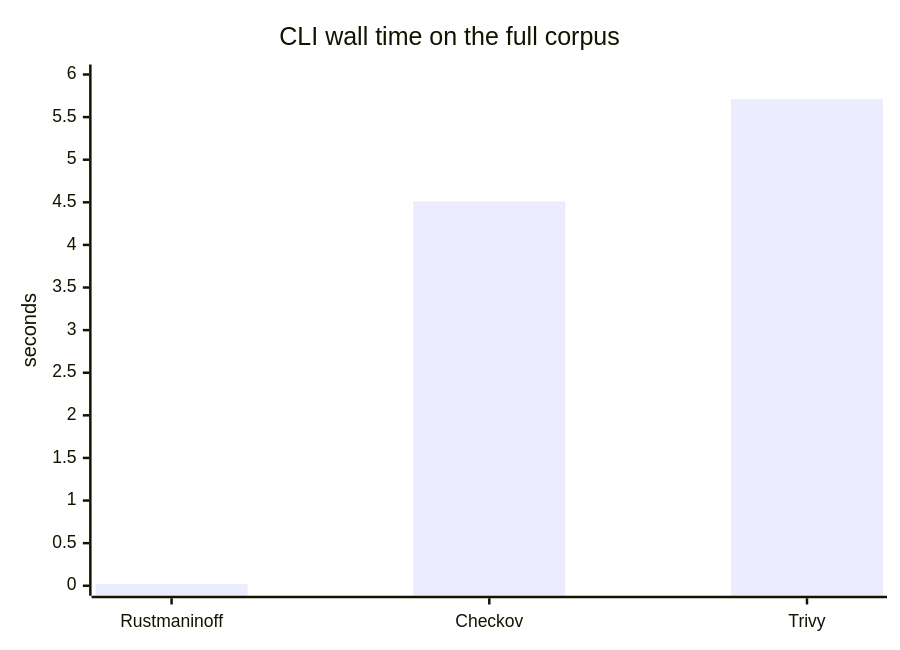
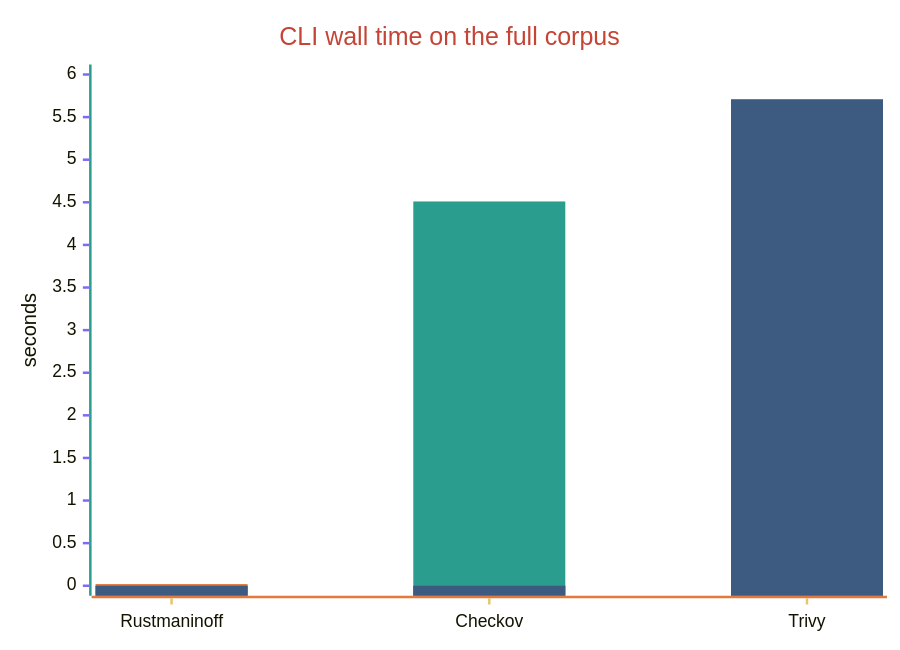
One commit to jose-compu/rustmaninoff changed the first of 3 diagrams in README.md. Above: the diagram before and after it, drawn with Mermaid. The commit also changed other lines of this file and 1 other file, not shown here.

````diff
--- a/README.md
+++ b/README.md
@@ -84,7 +84,10 @@
 ```mermaid
+%%{init: {"themeVariables": {"xyChart": {"plotColorPalette": "#E07A3D, #2A9D8F, #3D5A80", "titleColor": "#C44536", "xAxisLineColor": "#E07A3D", "yAxisLineColor": "#2A9D8F", "xAxisTickColor": "#E9C46A", "yAxisTickColor": "#7B6CF6"}}}}%%
 xychart-beta
     title "CLI wall time on the full corpus"
     x-axis [Rustmaninoff, Checkov, Trivy]
     y-axis "seconds" 0 --> 6
-    bar [0.02, 4.51, 5.71]
+    bar "Rustmaninoff" [0.02, 0, 0]
+    bar "Checkov" [0, 4.51, 0]
+    bar "Trivy" [0, 0, 5.71]
 ```
````
